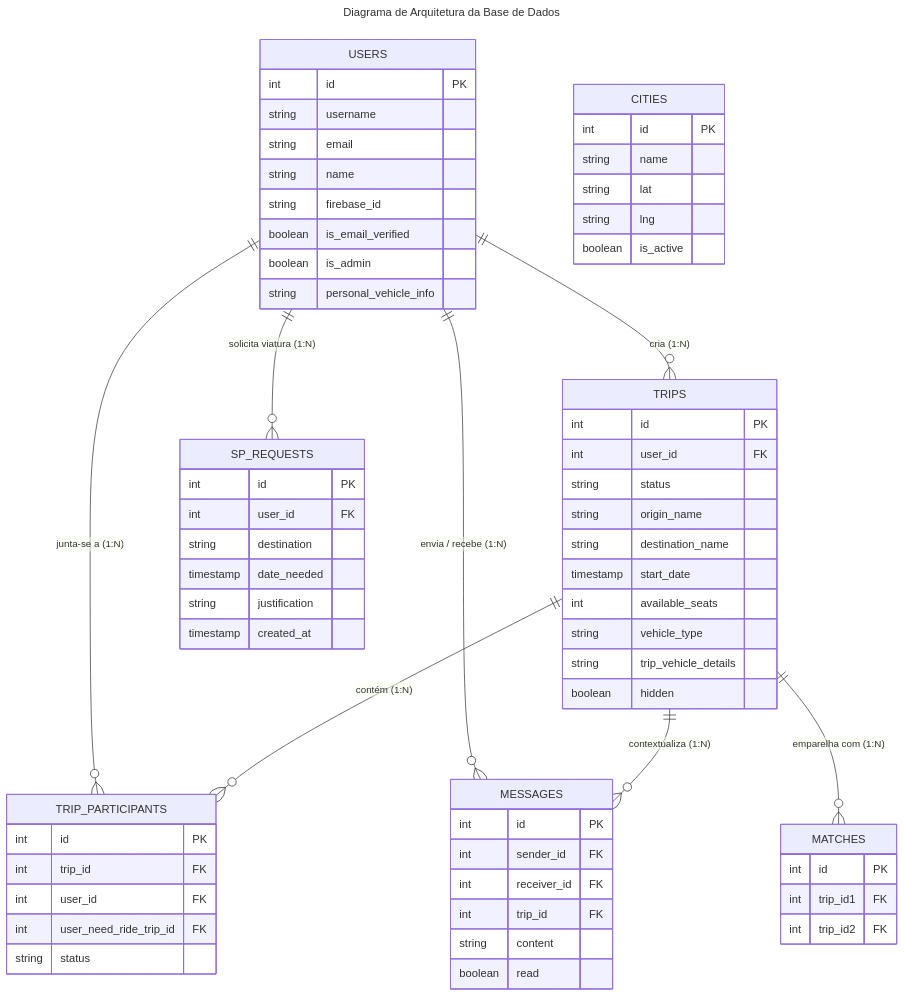
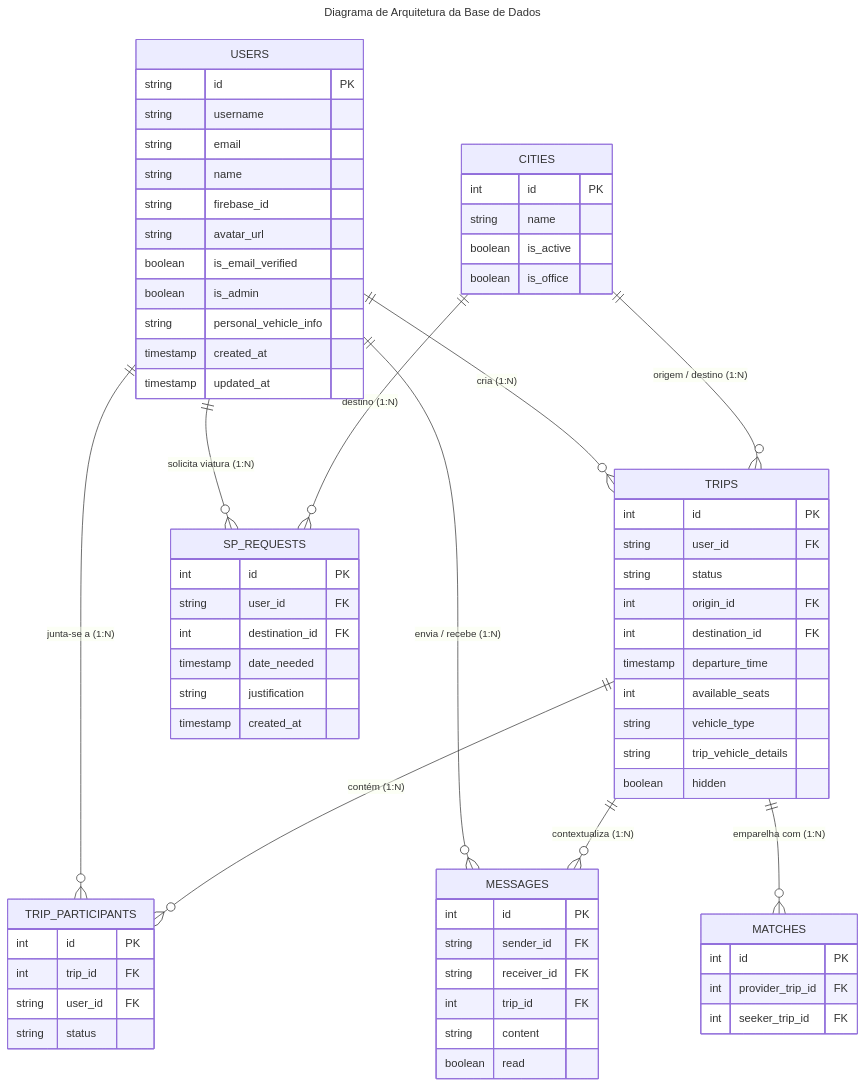
Before and after one commit to joaosantos1231209/Road-Buddies: the diagram in Documentation/Diagramas/base-dados.md, drawn with Mermaid. The commit also changed 2 other files, not shown here.

Commit message:
Update base de dados tabela

````diff
--- a/Documentation/Diagramas/base-dados.md
+++ b/Documentation/Diagramas/base-dados.md
@@ -5,23 +5,26 @@
 erDiagram
     %% Tabelas e Atributos Principais
     USERS {
-        int id PK
+        string id PK
         string username
         string email
         string name
         string firebase_id
+        string avatar_url
         boolean is_email_verified
         boolean is_admin
         string personal_vehicle_info
+        timestamp created_at
+        timestamp updated_at
     }
 
     TRIPS {
         int id PK
-        int user_id FK
+        string user_id FK
         string status 
-        string origin_name
-        string destination_name
-        timestamp start_date
+        int origin_id FK
+        int destination_id FK
+        timestamp departure_time
         int available_seats
         string vehicle_type 
         string trip_vehicle_details 
@@ -31,15 +34,14 @@
     TRIP_PARTICIPANTS {
         int id PK
         int trip_id FK
-        int user_id FK
-        int user_need_ride_trip_id FK
+        string user_id FK
         string status
     }
 
     MESSAGES {
         int id PK
-        int sender_id FK
-        int receiver_id FK
+        string sender_id FK
+        string receiver_id FK
         int trip_id FK
         string content
         boolean read
@@ -47,22 +49,21 @@
 
     MATCHES {
         int id PK
-        int trip_id1 FK
-        int trip_id2 FK
+        int provider_trip_id FK
+        int seeker_trip_id FK
     }
 
     CITIES {
         int id PK
         string name
-        string lat
-        string lng
         boolean is_active
+        boolean is_office
     }
 
     SP_REQUESTS {
         int id PK
-        int user_id FK
-        string destination 
+        string user_id FK
+        int destination_id FK
         timestamp date_needed 
         string justification 
         timestamp created_at 
@@ -77,4 +78,7 @@
     TRIPS ||--o{ TRIP_PARTICIPANTS : "contém (1:N)"
     TRIPS ||--o{ MESSAGES : "contextualiza (1:N)"
     TRIPS ||--o{ MATCHES : "emparelha com (1:N)"
+    
+    CITIES ||--o{ TRIPS : "origem / destino (1:N)"
+    CITIES ||--o{ SP_REQUESTS : "destino (1:N)"
 ```
````
